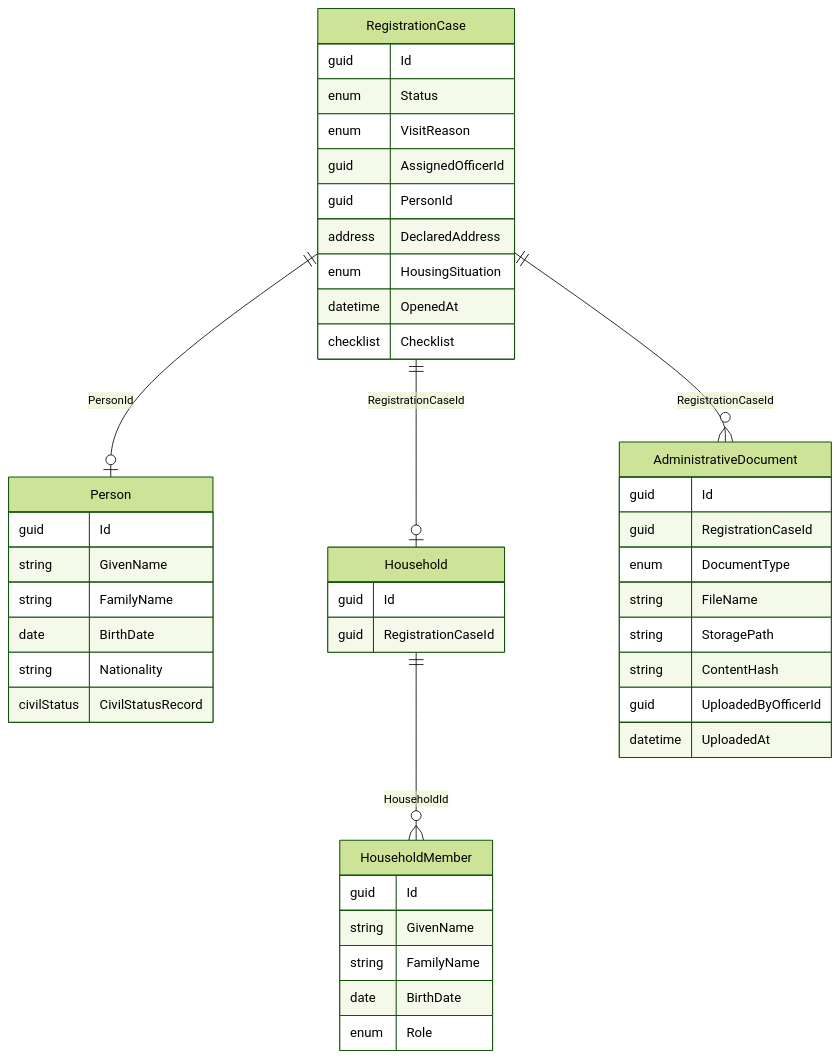
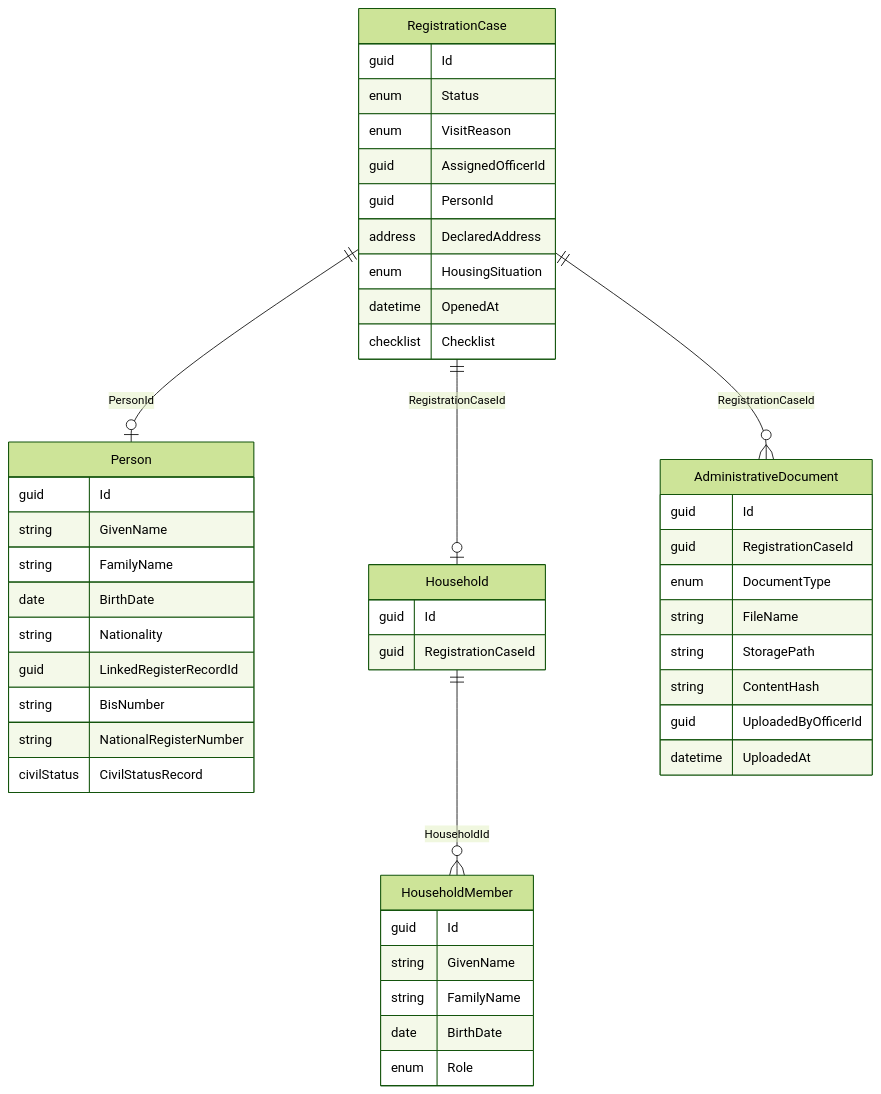
One commit to JobiJoba/SchaerbeekMunicipality changed the first of 2 diagrams in docs/features/registration/README.md. Above: the diagram before and after it, drawn with Mermaid (forest theme). The commit also changed other lines of this file and 53 other files, not shown here.

````diff
--- a/docs/features/registration/README.md
+++ b/docs/features/registration/README.md
@@ -7,52 +7,55 @@
 ```mermaid
 erDiagram
     RegistrationCase ||--o| Person : "PersonId"
     RegistrationCase ||--o| Household : "RegistrationCaseId"
     RegistrationCase ||--o{ AdministrativeDocument : "RegistrationCaseId"
     Household ||--o{ HouseholdMember : "HouseholdId"
 
     RegistrationCase {
         guid Id
         enum Status
         enum VisitReason
         guid AssignedOfficerId
         guid PersonId
         address DeclaredAddress
         enum HousingSituation
         datetime OpenedAt
         checklist Checklist
     }
 
     Person {
         guid Id
         string GivenName
         string FamilyName
         date BirthDate
         string Nationality
+        guid LinkedRegisterRecordId
+        string BisNumber
+        string NationalRegisterNumber
         civilStatus CivilStatusRecord
     }
 
     Household {
         guid Id
         guid RegistrationCaseId
     }
 
     HouseholdMember {
         guid Id
         string GivenName
         string FamilyName
         date BirthDate
         enum Role
     }
 
     AdministrativeDocument {
         guid Id
         guid RegistrationCaseId
         enum DocumentType
         string FileName
         string StoragePath
         string ContentHash
         guid UploadedByOfficerId
         datetime UploadedAt
     }
 ```
````
